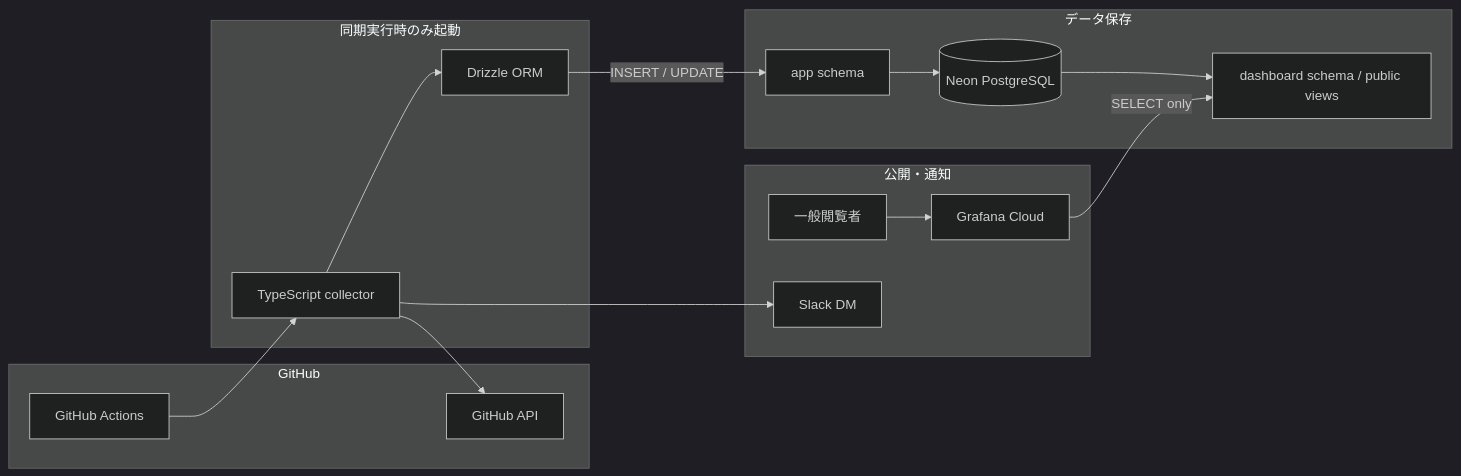
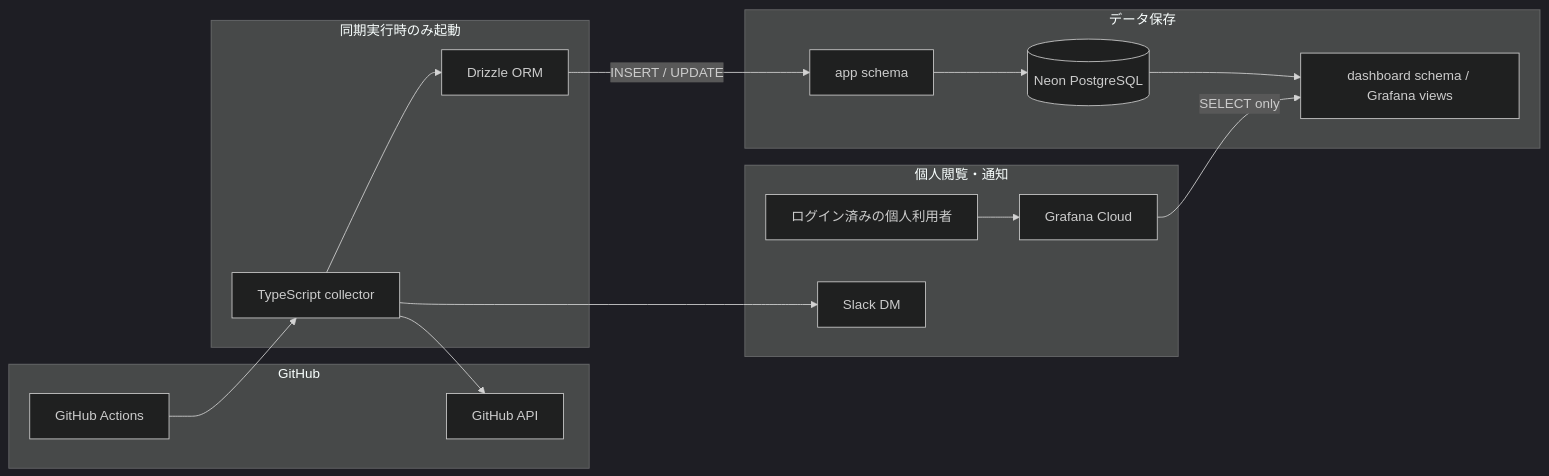
The first of 2 diagrams in docs/architecture.md (mytysoldier/output-pulse), drawn with Mermaid (dark theme) before and after one commit. The commit also changed other lines of this file and 9 other files, not shown here.

````diff
--- a/docs/architecture.md
+++ b/docs/architecture.md
@@ -5,34 +5,34 @@
 ```mermaid
 flowchart LR
     subgraph GitHub["GitHub"]
         GHA["GitHub Actions"]
         API["GitHub API"]
     end
 
     subgraph Runtime["同期実行時のみ起動"]
         APP["TypeScript collector"]
         DRIZZLE["Drizzle ORM"]
     end
 
     subgraph Data["データ保存"]
         DB[("Neon PostgreSQL")]
         INTERNAL["app schema"]
-        PUBLIC["dashboard schema / public views"]
+        PUBLIC["dashboard schema / Grafana views"]
     end
 
-    subgraph Presentation["公開・通知"]
+    subgraph Presentation["個人閲覧・通知"]
         GRAFANA["Grafana Cloud"]
-        VIEWER["一般閲覧者"]
+        VIEWER["ログイン済みの個人利用者"]
         SLACK["Slack DM"]
     end
 
     GHA --> APP
     APP --> API
     APP --> DRIZZLE
     DRIZZLE -->|"INSERT / UPDATE"| INTERNAL
     INTERNAL --> DB
     DB --> PUBLIC
     GRAFANA -->|"SELECT only"| PUBLIC
     VIEWER --> GRAFANA
     APP --> SLACK
 ```
````
